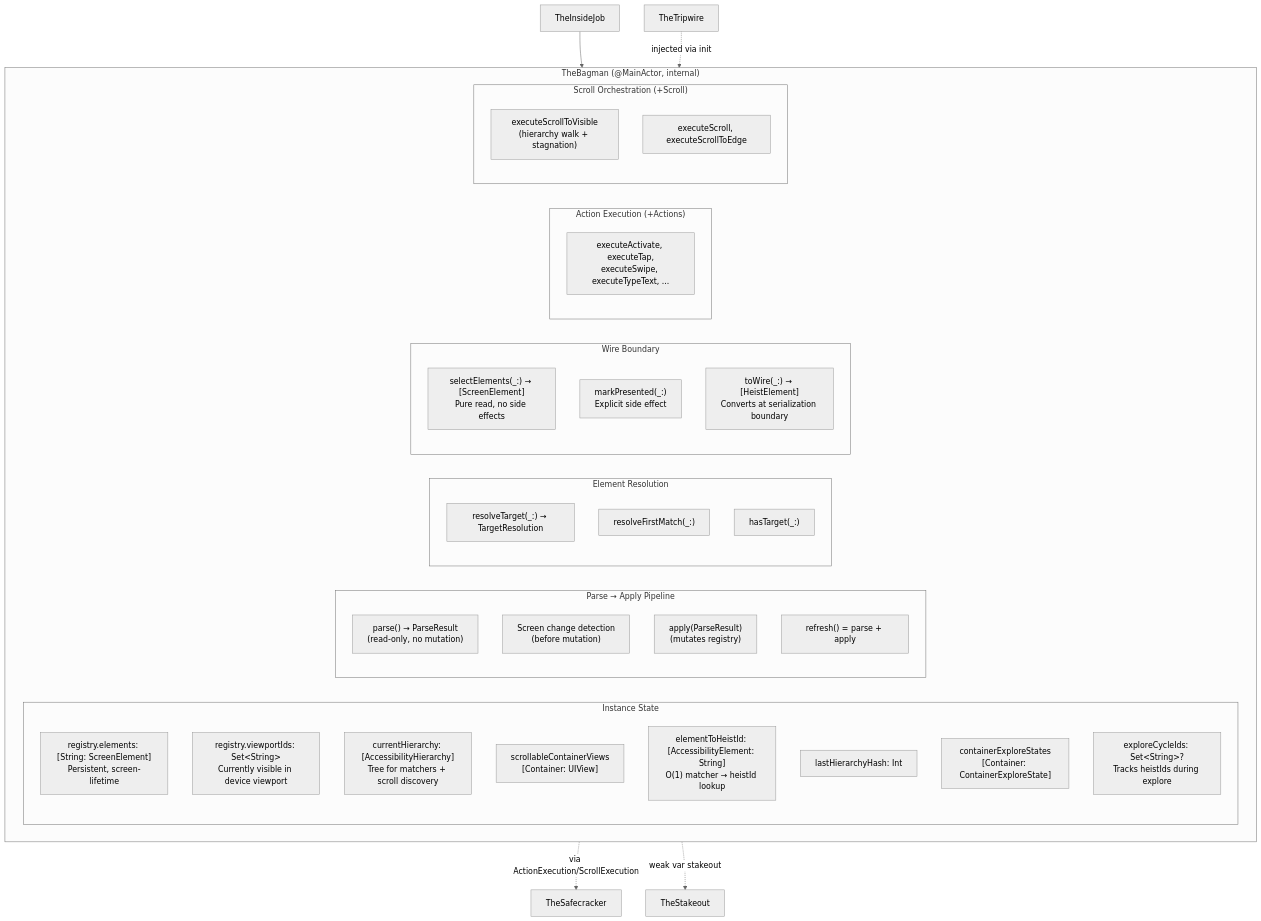
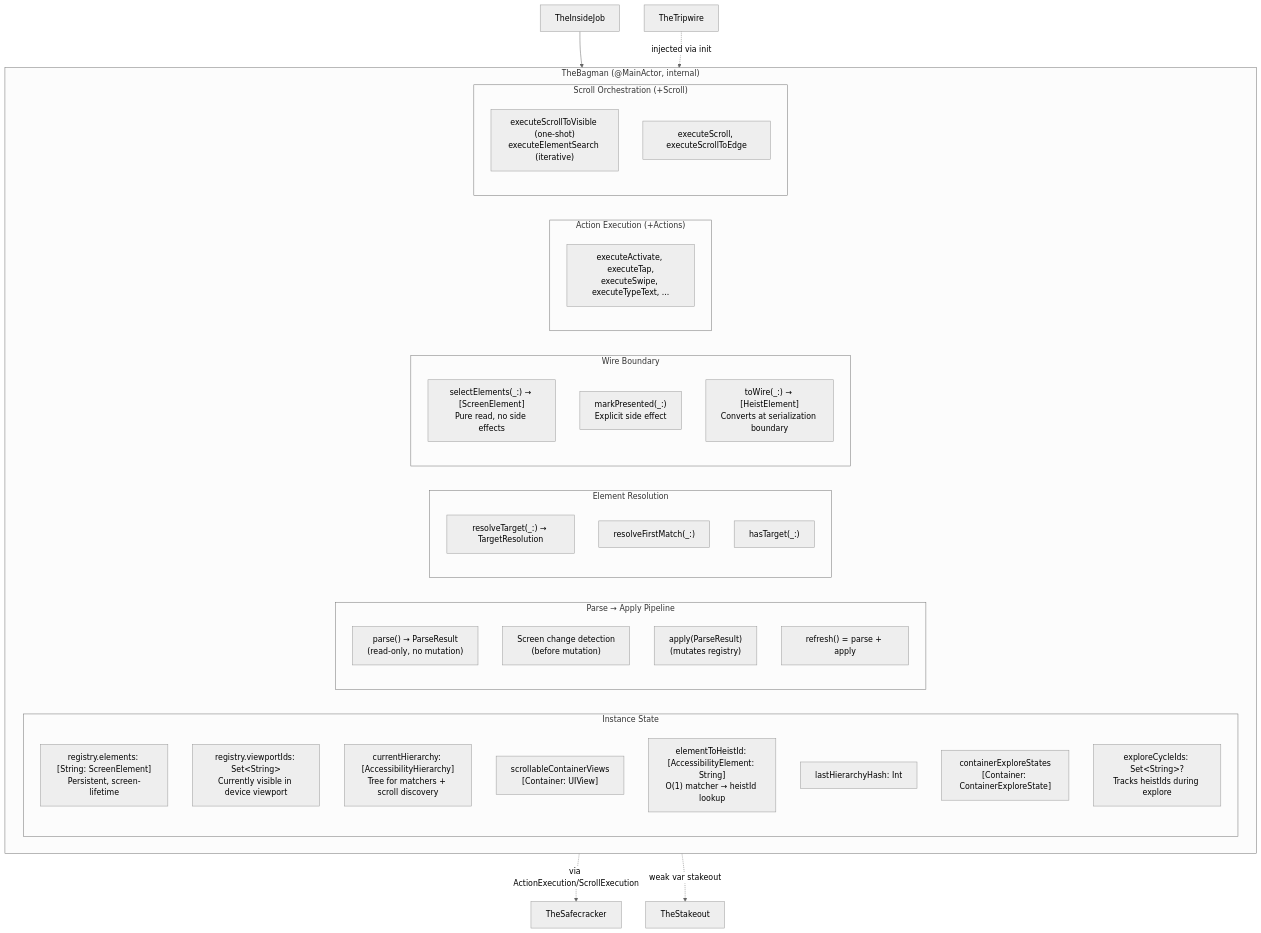
The second of 7 diagrams in docs/dossiers/13-THEBAGMAN.md (RoyalPineapple/TheButtonHeist), drawn with Mermaid (neutral theme) before and after one commit. The commit also changed other lines of this file and 23 other files, not shown here.

First line of the commit message:
Split scroll_to_visible into one-shot scroll and element_search

````diff
--- a/docs/dossiers/13-THEBAGMAN.md
+++ b/docs/dossiers/13-THEBAGMAN.md
@@ -66,48 +66,48 @@
 ```mermaid
 graph TD
     subgraph TheBagman["TheBagman (@MainActor, internal)"]
         subgraph Stores["Instance State"]
             Registry["registry.elements: [String: ScreenElement]<br/>Persistent, screen-lifetime"]
             Viewport["registry.viewportIds: Set&lt;String&gt;<br/>Currently visible in device viewport"]
             Hierarchy["currentHierarchy: [AccessibilityHierarchy]<br/>Tree for matchers + scroll discovery"]
             ScrollViews["scrollableContainerViews<br/>[Container: UIView]"]
             ReverseIdx["elementToHeistId: [AccessibilityElement: String]<br/>O(1) matcher → heistId lookup"]
             Hash["lastHierarchyHash: Int"]
             ContainerCache["containerExploreStates<br/>[Container: ContainerExploreState]"]
             ExploreCycle["exploreCycleIds: Set&lt;String&gt;?<br/>Tracks heistIds during explore"]
         end
 
         subgraph Pipeline["Parse → Apply Pipeline"]
             Parse["parse() → ParseResult<br/>(read-only, no mutation)"]
             Detect["Screen change detection<br/>(before mutation)"]
             Apply["apply(ParseResult)<br/>(mutates registry)"]
             Refresh["refresh() = parse + apply"]
         end
 
         subgraph Resolution["Element Resolution"]
             ResolveTarget["resolveTarget(_:) → TargetResolution"]
             ResolveFirstMatch["resolveFirstMatch(_:)"]
             HasTarget["hasTarget(_:)"]
         end
 
         subgraph Wire["Wire Boundary"]
             Select["selectElements(_:) → [ScreenElement]<br/>Pure read, no side effects"]
             Mark["markPresented(_:)<br/>Explicit side effect"]
             ToWire["toWire(_:) → [HeistElement]<br/>Converts at serialization boundary"]
         end
 
         subgraph Actions["Action Execution (+Actions)"]
             Activate["executeActivate, executeTap,<br/>executeSwipe, executeTypeText, ..."]
         end
 
         subgraph Scrolling["Scroll Orchestration (+Scroll)"]
-            ScrollVis["executeScrollToVisible<br/>(hierarchy walk + stagnation)"]
+            ScrollVis["executeScrollToVisible (one-shot)<br/>executeElementSearch (iterative)"]
             ScrollCmd["executeScroll, executeScrollToEdge"]
         end
     end
 
     TheInsideJob["TheInsideJob"] --> TheBagman
     TheTripwire["TheTripwire"] -.->|injected via init| TheBagman
     TheBagman -.->|"via ActionExecution/ScrollExecution"| TheSafecracker["TheSafecracker"]
     TheBagman -.->|"weak var stakeout"| TheStakeout["TheStakeout"]
 ```
````
